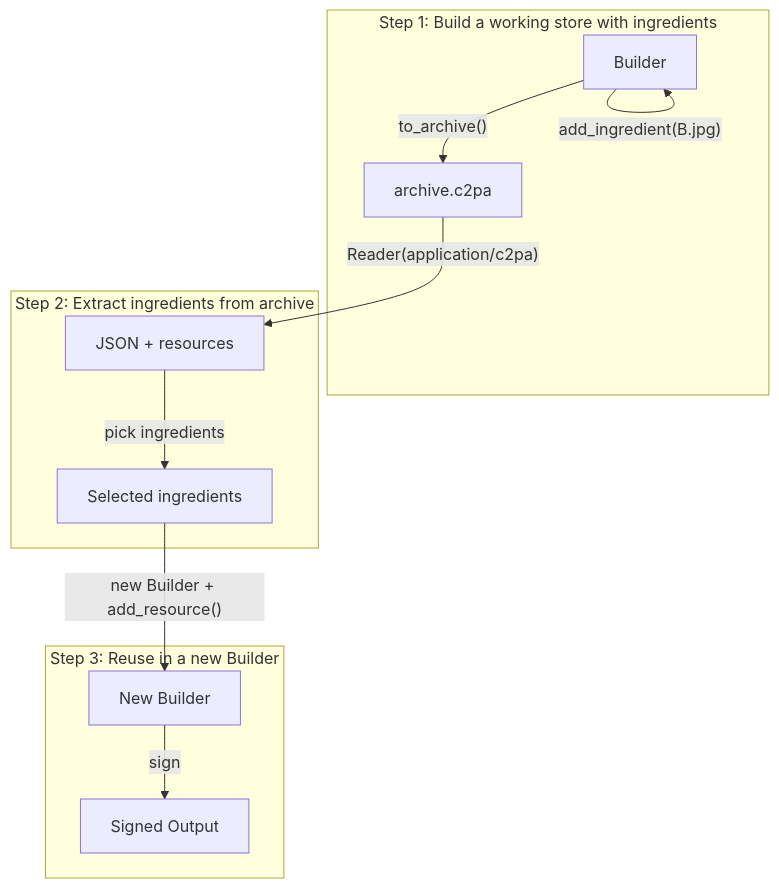
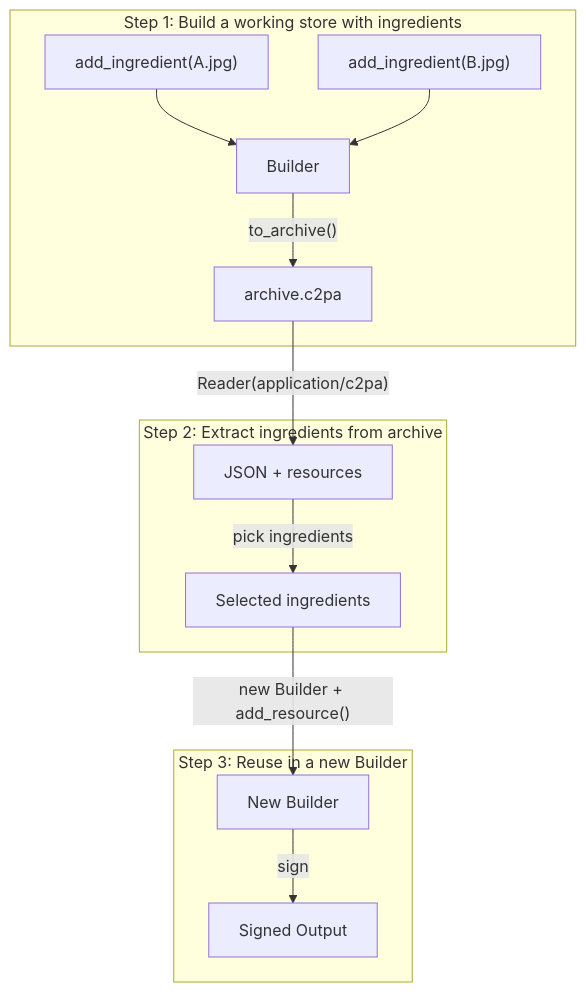
Before and after one commit to contentauth/c2pa-c: the fourth of 9 diagrams in docs/selective-manifests.md, drawn with Mermaid. The commit also changed other lines of this file, not shown here.

````diff
--- a/docs/selective-manifests.md
+++ b/docs/selective-manifests.md
@@ -591,16 +591,16 @@
 ```mermaid
 flowchart TD
     subgraph Step1["Step 1: Build a working store with ingredients"]
-        B1[Builder] -->|"add_ingredient(A.jpg)"| B1
-        B1 -->|"add_ingredient(B.jpg)"| B1
+        IA["add_ingredient(A.jpg)"] --> B1[Builder]
+        IB["add_ingredient(B.jpg)"] --> B1
         B1 -->|"to_archive()"| AR["archive.c2pa"]
     end
     subgraph Step2["Step 2: Extract ingredients from archive"]
         AR -->|"Reader(application/c2pa)"| RD[JSON + resources]
         RD -->|"pick ingredients"| SEL[Selected ingredients]
     end
     subgraph Step3["Step 3: Reuse in a new Builder"]
         SEL -->|"new Builder + add_resource()"| B2[New Builder]
         B2 -->|sign| OUT[Signed Output]
     end
 ```
````
